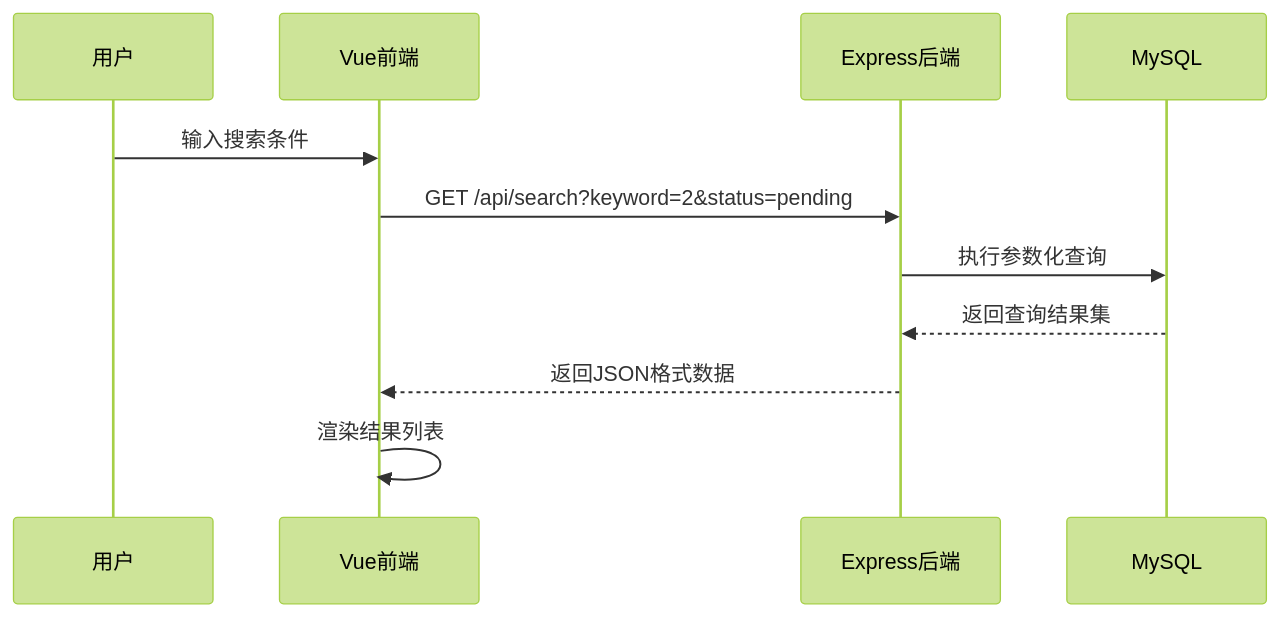
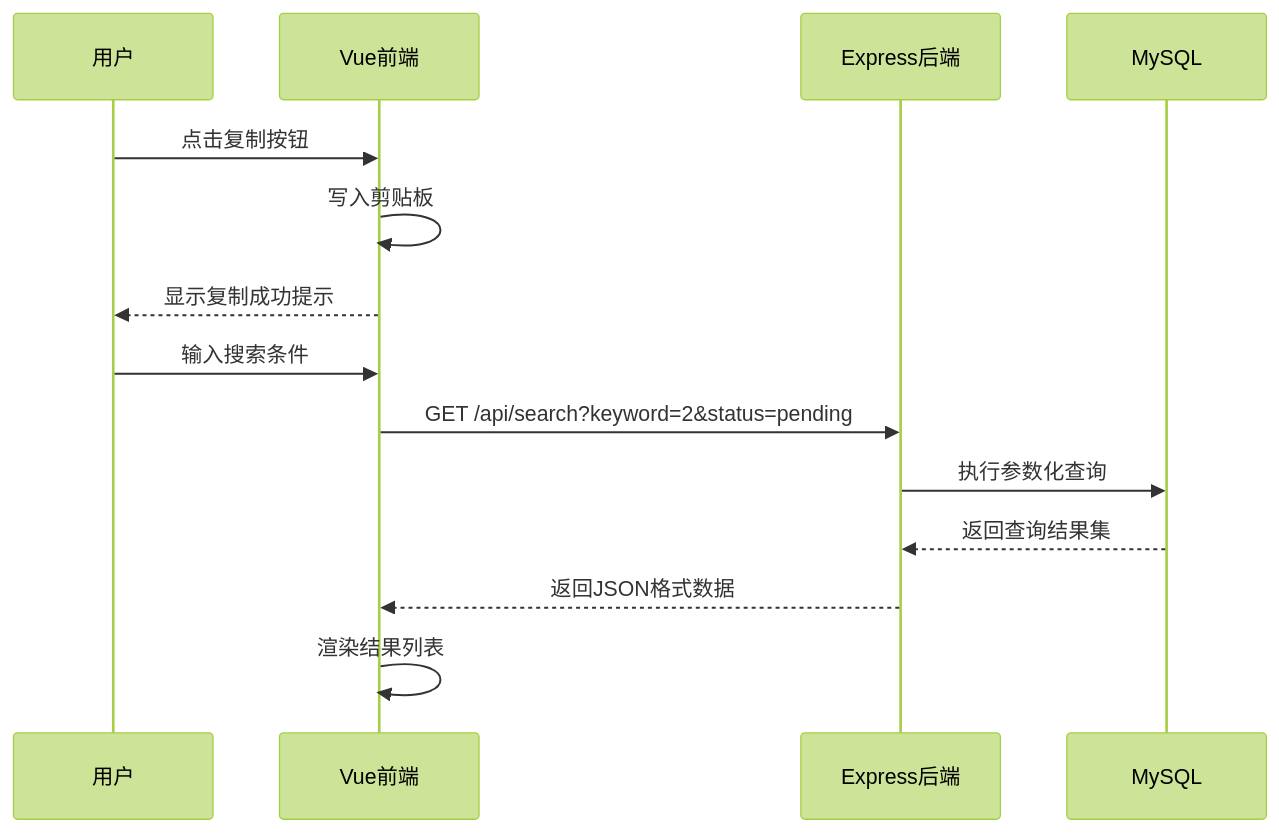
One commit to 1215587043/iodraw-files changed the diagram in all/未命名-2.md. Above: the diagram before and after it, drawn with Mermaid (forest theme).

Commit message:
2025-04-11 21:58:02 update

````diff
--- a/all/未命名-2.md
+++ b/all/未命名-2.md
@@ -1,16 +1,18 @@
 ```mermaid
 sequenceDiagram
     participant 用户 as 用户
     participant 前端 as Vue前端
     participant 后端 as Express后端
     participant 数据库 as MySQL
 
-    
+    用户->>前端: 点击复制按钮
+    前端->>前端: 写入剪贴板
+    前端-->>用户: 显示复制成功提示 
     用户->>前端: 输入搜索条件
     前端->>后端: GET /api/search?keyword=2&status=pending
     后端->>数据库: 执行参数化查询
     数据库-->>后端: 返回查询结果集
     后端-->>前端: 返回JSON格式数据
     前端->>前端: 渲染结果列表
  
 ```
````
